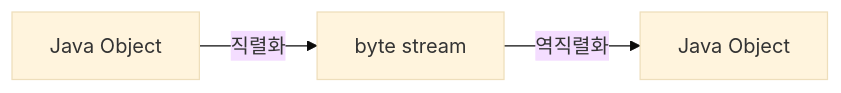
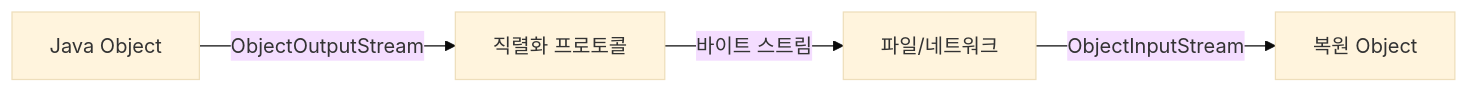
Before and after one commit to yjkim2015/yjkim2015.github.io: the seventh of 8 diagrams in _posts/java/2026-05-01-java-io.md, drawn with Mermaid (base theme). The commit also changed other lines of this file and 4 other files, not shown here.

````diff
--- a/_posts/java/2026-05-01-java-io.md
+++ b/_posts/java/2026-05-01-java-io.md
@@ -538,5 +1116,6 @@
 ```mermaid
 graph LR
-    OBJ["Java Object"] -->|"직렬화"| BS["byte stream"]
-    BS -->|"역직렬화"| OBJ2["Java Object"]
+    OBJ["Java Object"] -->|"ObjectOutputStream"| PROTO["직렬화 프로토콜"]
+    PROTO -->|"바이트 스트림"| STORE["파일/네트워크"]
+    STORE -->|"ObjectInputStream"| OBJ2["복원 Object"]
 ```
````
